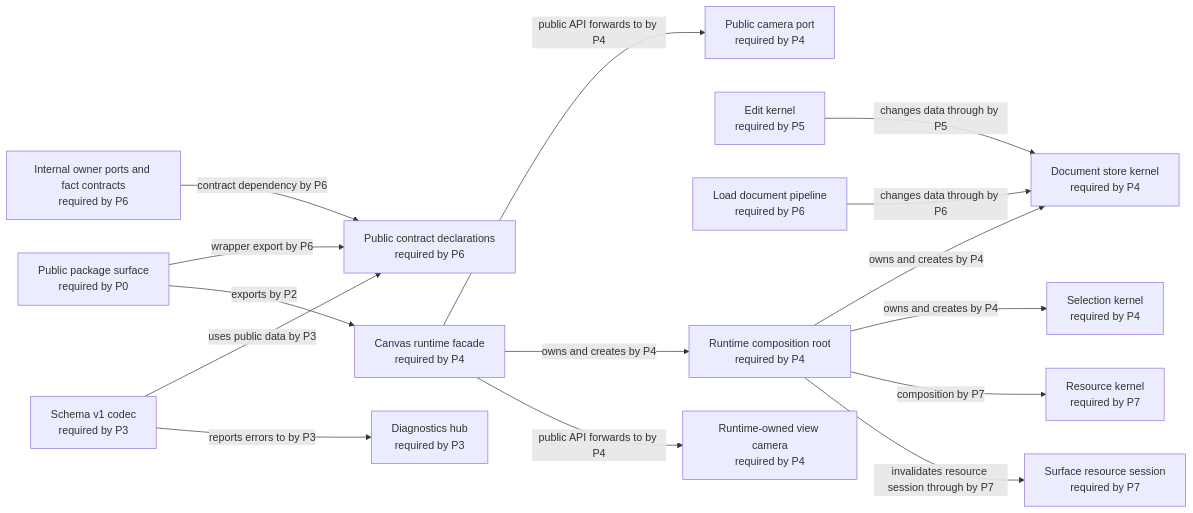
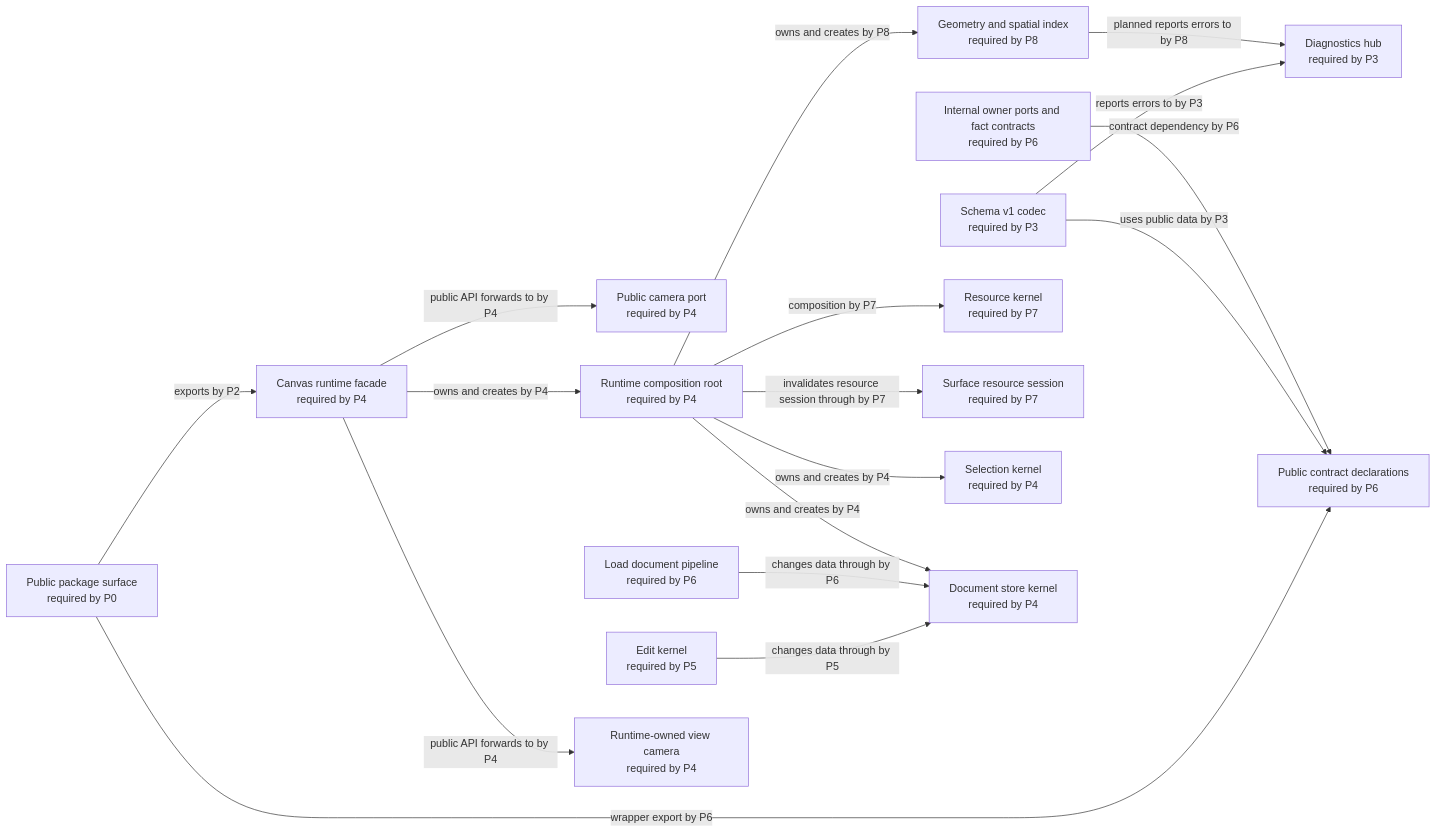
Before and after one commit to GreatPika/iwb_canvas_engine: the diagram in docs/diagrams/generated/current_phase.mmd, drawn with Mermaid. The commit also changed 26 other files, not shown here.

First line of the commit message:
feat: add P8 guardrails and architecture closure

```diff
--- a/docs/diagrams/generated/current_phase.mmd
+++ b/docs/diagrams/generated/current_phase.mmd
@@ -1,34 +1,37 @@
 %% GENERATED FILE. Do not edit by hand.
 %% Source: docs/architecture/architecture_graph.yaml
 %% View: Selected phase architecture graph
-%% Selected phase: P7
+%% Selected phase: P8
 flowchart LR
   api_camera_port["Public camera port<br/>required by P4"]
   api_canvas_runtime["Canvas runtime facade<br/>required by P4"]
   api_public_surface["Public package surface<br/>required by P0"]
   codec_schema_v1["Schema v1 codec<br/>required by P3"]
   contracts_internal_ports["Internal owner ports and fact contracts<br/>required by P6"]
   contracts_public["Public contract declarations<br/>required by P6"]
   diagnostics_hub["Diagnostics hub<br/>required by P3"]
   edit_kernel["Edit kernel<br/>required by P5"]
+  geometry_spatial_index["Geometry and spatial index<br/>required by P8"]
   load_document_pipeline["Load document pipeline<br/>required by P6"]
   resource_kernel["Resource kernel<br/>required by P7"]
   resource_surface_session["Surface resource session<br/>required by P7"]
   runtime_root["Runtime composition root<br/>required by P4"]
   runtime_view_camera["Runtime-owned view camera<br/>required by P4"]
   selection_kernel["Selection kernel<br/>required by P4"]
   store_document_kernel["Document store kernel<br/>required by P4"]
   api_canvas_runtime -->|public API forwards to by P4| runtime_view_camera
   api_canvas_runtime -->|owns and creates by P4| runtime_root
   api_canvas_runtime -->|public API forwards to by P4| api_camera_port
   api_public_surface -->|exports by P2| api_canvas_runtime
   api_public_surface -->|wrapper export by P6| contracts_public
   codec_schema_v1 -->|reports errors to by P3| diagnostics_hub
   codec_schema_v1 -->|uses public data by P3| contracts_public
   contracts_internal_ports -->|contract dependency by P6| contracts_public
   edit_kernel -->|changes data through by P5| store_document_kernel
+  geometry_spatial_index -->|planned reports errors to by P8| diagnostics_hub
   load_document_pipeline -->|changes data through by P6| store_document_kernel
+  runtime_root -->|owns and creates by P8| geometry_spatial_index
   runtime_root -->|invalidates resource session through by P7| resource_surface_session
   runtime_root -->|composition by P7| resource_kernel
   runtime_root -->|owns and creates by P4| selection_kernel
   runtime_root -->|owns and creates by P4| store_document_kernel
```
